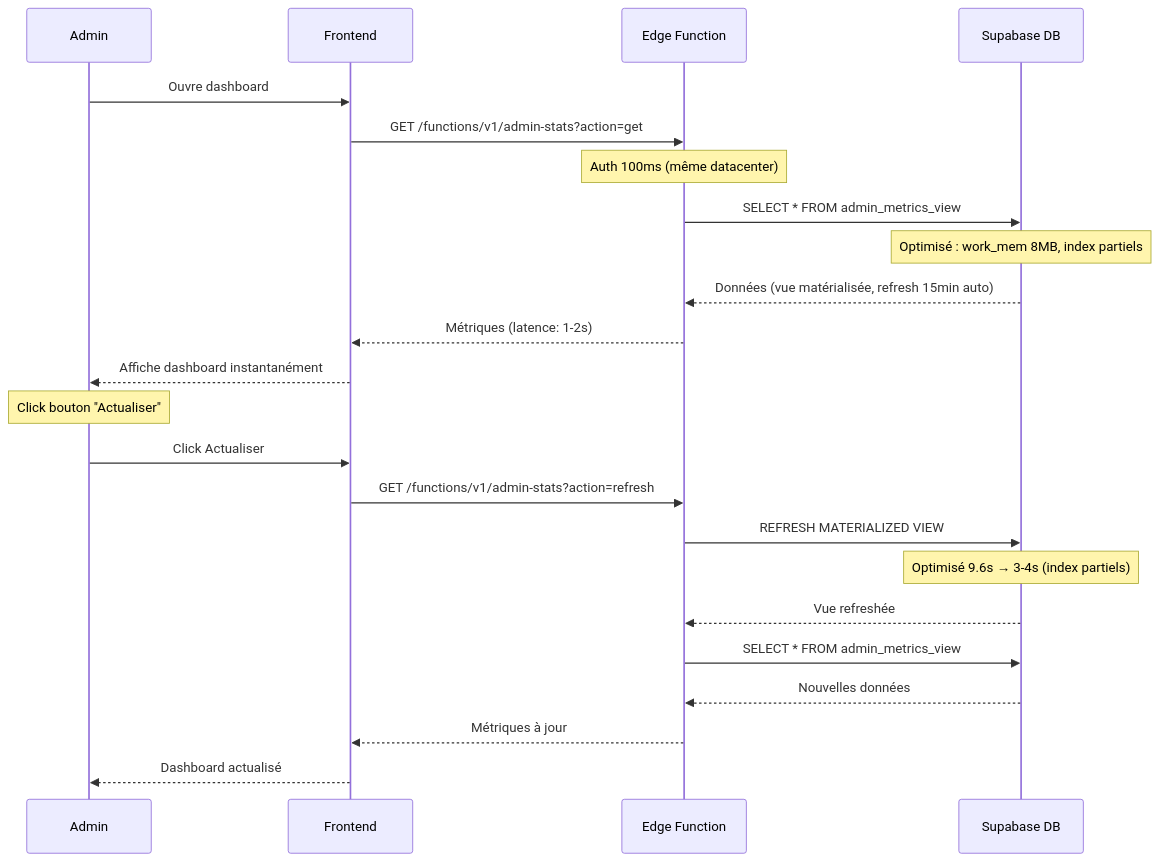
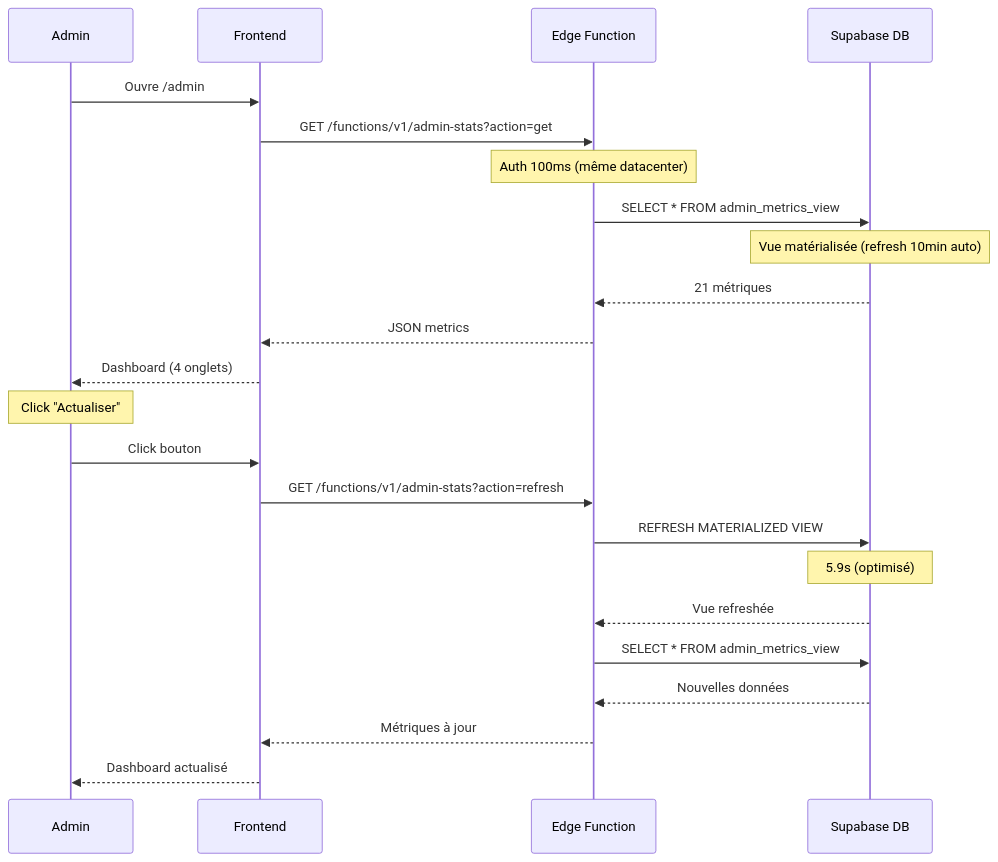
The third of 6 diagrams in 01-ARCHITECTURE-GLOBALE.md (Volgine/Documentations-Projets-ArchiReg), drawn with Mermaid before and after one commit. The commit also changed other lines of this file and 58 other files, not shown here.

````diff
--- a/01-ARCHITECTURE-GLOBALE.md
+++ b/01-ARCHITECTURE-GLOBALE.md
@@ -170,27 +137,28 @@
 ```mermaid
 sequenceDiagram
     participant A as Admin
-    participant F as Frontend
+    participant FE as Frontend
     participant EF as Edge Function
     participant DB as Supabase DB
     
-    A->>F: Ouvre dashboard
-    F->>EF: GET /functions/v1/admin-stats?action=get
+    A->>FE: Ouvre /admin
+    FE->>EF: GET /functions/v1/admin-stats?action=get
+    
     Note over EF: Auth 100ms (même datacenter)
     EF->>DB: SELECT * FROM admin_metrics_view
-    Note over DB: Optimisé : work_mem 8MB, index partiels
-    DB-->>EF: Données (vue matérialisée, refresh 15min auto)
-    EF-->>F: Métriques (latence: 1-2s)
-    F-->>A: Affiche dashboard instantanément
+    Note over DB: Vue matérialisée (refresh 10min auto)
+    DB-->>EF: 21 métriques
+    EF-->>FE: JSON metrics
+    FE-->>A: Dashboard (4 onglets)
     
-    Note over A: Click bouton "Actualiser"
-    A->>F: Click Actualiser
-    F->>EF: GET /functions/v1/admin-stats?action=refresh
+    Note over A: Click "Actualiser"
+    A->>FE: Click bouton
+    FE->>EF: GET /functions/v1/admin-stats?action=refresh
     EF->>DB: REFRESH MATERIALIZED VIEW
-    Note over DB: Optimisé 9.6s → 3-4s (index partiels)
+    Note over DB: 5.9s (optimisé)
     DB-->>EF: Vue refreshée
     EF->>DB: SELECT * FROM admin_metrics_view
     DB-->>EF: Nouvelles données
-    EF-->>F: Métriques à jour
-    F-->>A: Dashboard actualisé
+    EF-->>FE: Métriques à jour
+    FE-->>A: Dashboard actualisé
 ```
````
